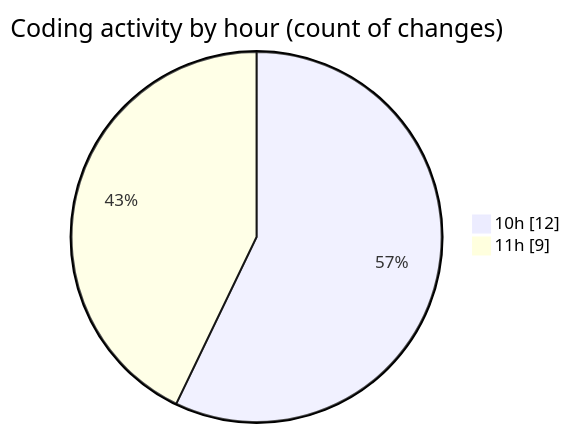
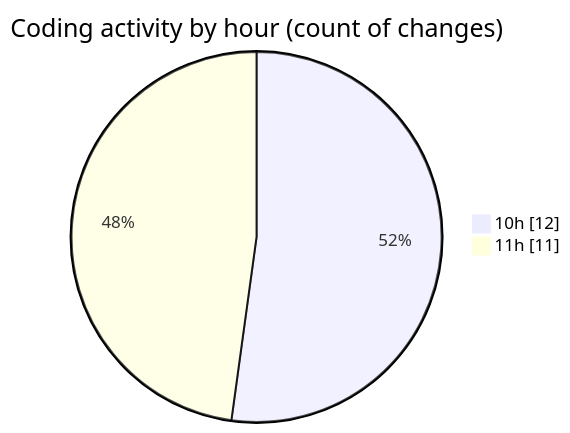
Before and after one commit to nxtqubesakshisongat/code-tracking: the second of 2 diagrams in 2025-06-20/nxtqube_webapp/README.md, drawn with Mermaid. The commit also changed other lines of this file and 1 other file, not shown here.

````diff
--- a/2025-06-20/nxtqube_webapp/README.md
+++ b/2025-06-20/nxtqube_webapp/README.md
@@ -32,6 +32,6 @@
 ```mermaid
 pie showData
 title Coding activity by hour (count of changes)
 "10h" : 12
-"11h" : 9
+"11h" : 11
 ```
````
